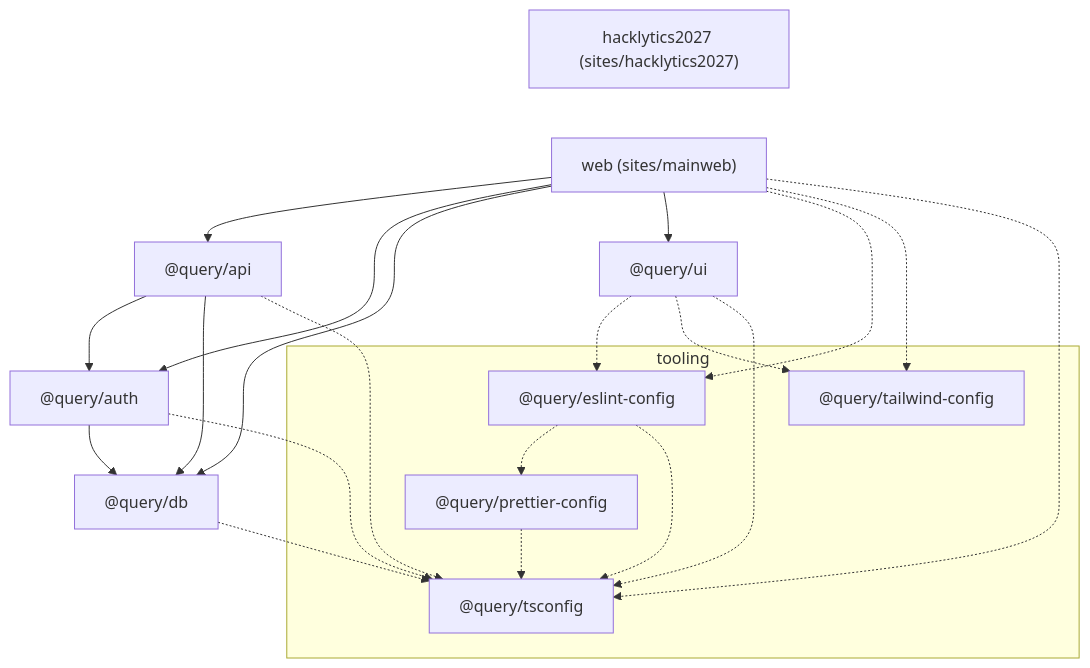
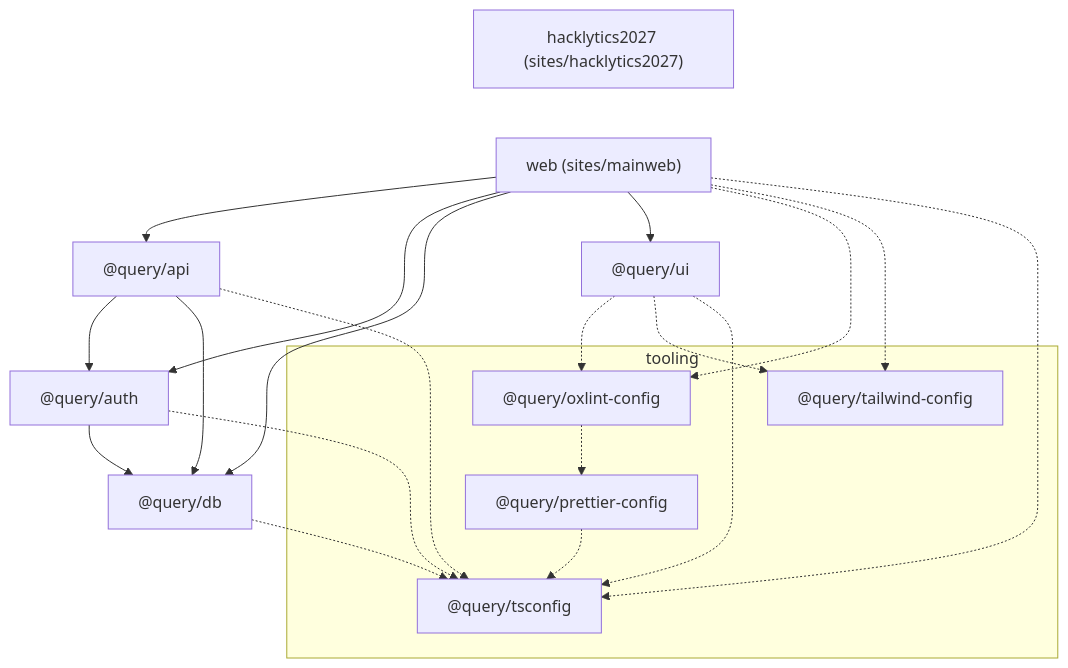
One commit to DataScience-GT/query changed the first of 2 diagrams in docs/architecture.md. Above: the diagram before and after it, drawn with Mermaid. The commit also changed 82 other files, not shown here.

````diff
--- a/docs/architecture.md
+++ b/docs/architecture.md
@@ -38,36 +38,35 @@
 ```mermaid
 flowchart TD
   web["web (sites/mainweb)"]
   hack["hacklytics2027 (sites/hacklytics2027)"]
   api["@query/api"]
   auth["@query/auth"]
   db["@query/db"]
   ui["@query/ui"]
   subgraph tooling["tooling"]
-    eslint["@query/eslint-config"]
+    oxlint["@query/oxlint-config"]
     prettier["@query/prettier-config"]
     tailwind["@query/tailwind-config"]
     tsconfig["@query/tsconfig"]
   end
 
   web --> api
   web --> auth
   web --> db
   web --> ui
   api --> auth
   api --> db
   auth --> db
-  web -.-> eslint
+  web -.-> oxlint
   web -.-> tailwind
   web -.-> tsconfig
-  ui -.-> eslint
+  ui -.-> oxlint
   ui -.-> tailwind
   ui -.-> tsconfig
   api -.-> tsconfig
   auth -.-> tsconfig
   db -.-> tsconfig
-  eslint -.-> prettier
-  eslint -.-> tsconfig
+  oxlint -.-> prettier
   prettier -.-> tsconfig
   hack ~~~ web
 ```
````
